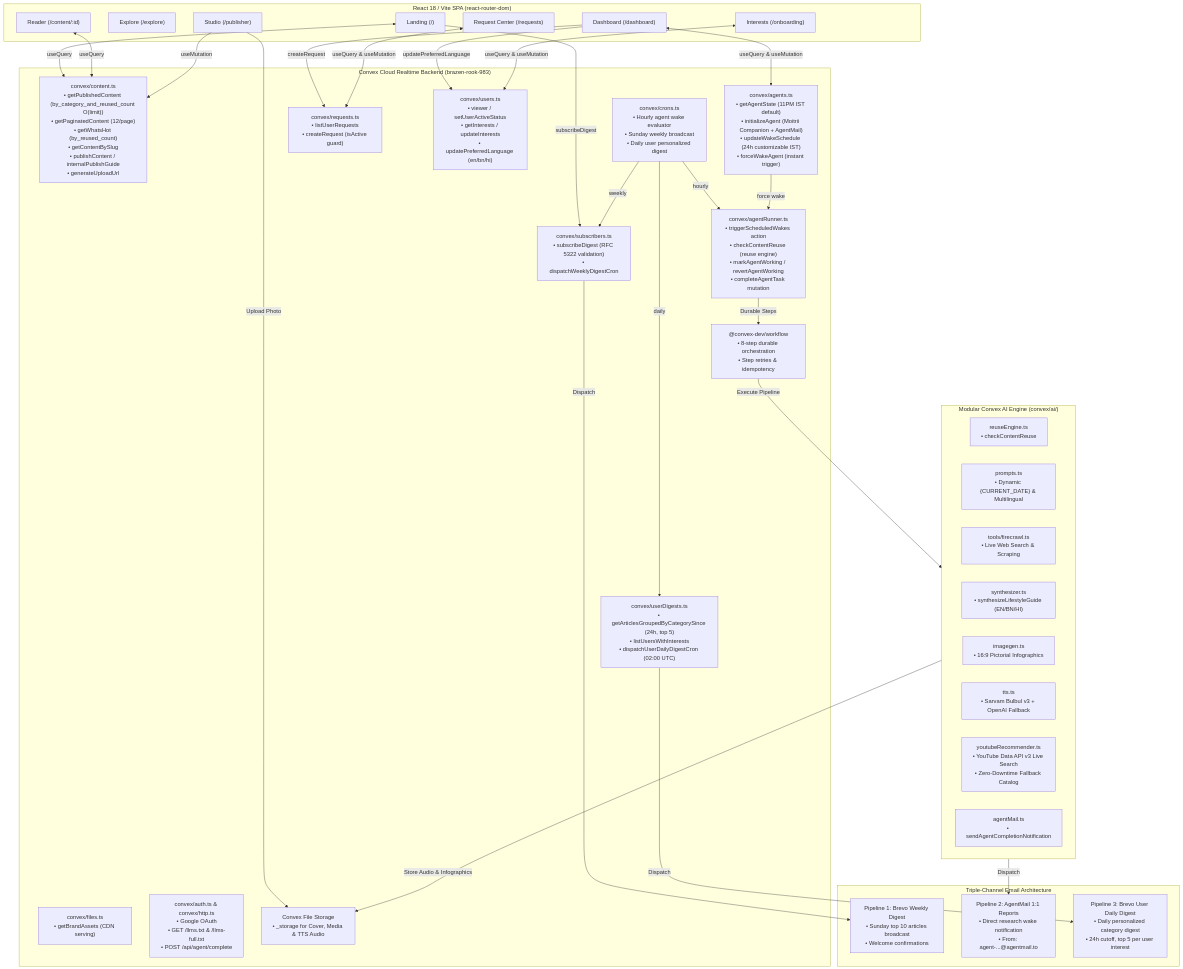
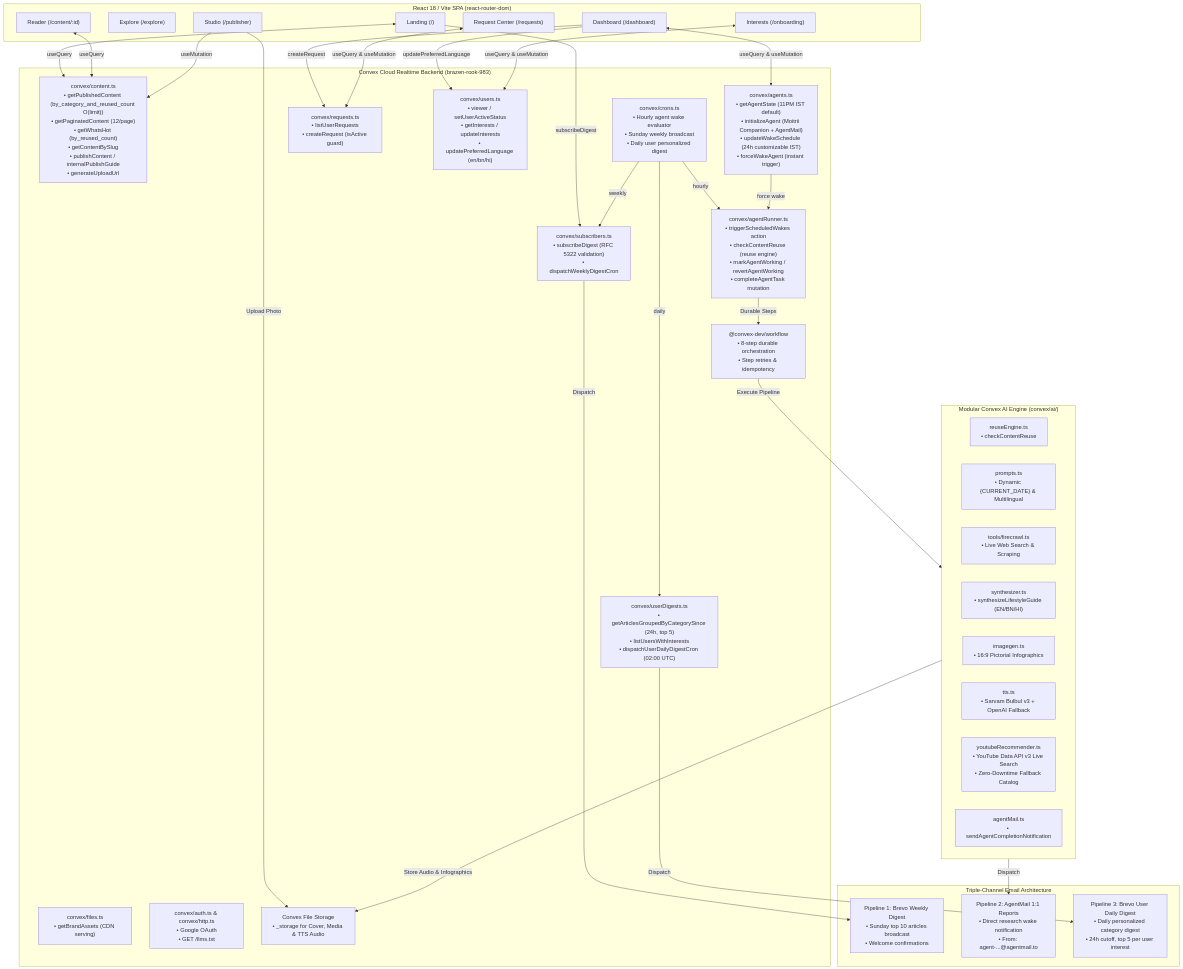
One commit to AmritSDutta/moitrii_frontend changed the diagram in README.md. Above: the diagram before and after it, drawn with Mermaid. The commit also changed other lines of this file and 17 other files, not shown here.

````diff
--- a/README.md
+++ b/README.md
@@ -94,66 +94,66 @@
 ```mermaid
 flowchart TD
     subgraph Frontend ["React 18 / Vite SPA (react-router-dom)"]
       P_Home["Landing (/)"]
       P_Explore["Explore (/explore)"]
       P_Dash["Dashboard (/dashboard)"]
       P_Req["Request Center (/requests)"]
       P_Reader["Reader (/content/:id)"]
       P_Pub["Studio (/publisher)"]
       P_Onb["Interests (/onboarding)"]
     end
 
     subgraph ConvexBackend ["Convex Cloud Realtime Backend (brazen-rook-983)"]
       F_Content["convex/content.ts<br/>• getPublishedContent (by_category_and_reused_count O(limit))<br/>• getPaginatedContent (12/page)<br/>• getWhatsHot (by_reused_count)<br/>• getContentBySlug<br/>• publishContent / internalPublishGuide<br/>• generateUploadUrl"]
       F_Agents["convex/agents.ts<br/>• getAgentState (11PM IST default)<br/>• initializeAgent (Moitrii Companion + AgentMail)<br/>• updateWakeSchedule (24h customizable IST)<br/>• forceWakeAgent (instant trigger)"]
       F_Requests["convex/requests.ts<br/>• listUserRequests<br/>• createRequest (isActive guard)"]
       F_Users["convex/users.ts<br/>• viewer / setUserActiveStatus<br/>• getInterests / updateInterests<br/>• updatePreferredLanguage (en/bn/hi)"]
       F_Subscribers["convex/subscribers.ts<br/>• subscribeDigest (RFC 5322 validation)<br/>• dispatchWeeklyDigestCron"]
       F_UserDigests["convex/userDigests.ts<br/>• getArticlesGroupedByCategorySince (24h, top 5)<br/>• listUsersWithInterests<br/>• dispatchUserDailyDigestCron (02:00 UTC)"]
       F_Crons["convex/crons.ts<br/>• Hourly agent wake evaluator<br/>• Sunday weekly broadcast<br/>• Daily user personalized digest"]
       F_Workflow["@convex-dev/workflow<br/>• 8-step durable orchestration<br/>• Step retries & idempotency"]
       F_Runner["convex/agentRunner.ts<br/>• triggerScheduledWakes action<br/>• checkContentReuse (reuse engine)<br/>• markAgentWorking / revertAgentWorking<br/>• completeAgentTask mutation"]
       F_Files["convex/files.ts<br/>• getBrandAssets (CDN serving)"]
-      F_Auth["convex/auth.ts & convex/http.ts<br/>• Google OAuth<br/>• GET /llms.txt & /llms-full.txt<br/>• POST /api/agent/complete"]
+      F_Auth["convex/auth.ts & convex/http.ts<br/>• Google OAuth<br/>• GET /llms.txt"]
       F_Storage["Convex File Storage<br/>• _storage for Cover, Media & TTS Audio"]
     end
 
     subgraph ModularAIEngine ["Modular Convex AI Engine (convex/ai/)"]
       AI_Reuse["reuseEngine.ts<br/>• checkContentReuse"]
       AI_Prompts["prompts.ts<br/>• Dynamic {CURRENT_DATE} & Multilingual"]
       AI_Tools["tools/firecrawl.ts<br/>• Live Web Search & Scraping"]
       AI_Synth["synthesizer.ts<br/>• synthesizeLifestyleGuide (EN/BN/HI)"]
       AI_Image["imagegen.ts<br/>• 16:9 Pictorial Infographics"]
       AI_TTS["tts.ts<br/>• Sarvam Bulbul v3 + OpenAI Fallback"]
       AI_YT["youtubeRecommender.ts<br/>• YouTube Data API v3 Live Search<br/>• Zero-Downtime Fallback Catalog"]
       AI_Mail["agentMail.ts<br/>• sendAgentCompletionNotification"]
     end
 
     subgraph TripleMessaging ["Triple-Channel Email Architecture"]
       M_Brevo1["Pipeline 1: Brevo Weekly Digest<br/>• Sunday top 10 articles broadcast<br/>• Welcome confirmations"]
       M_AgentMail["Pipeline 2: AgentMail 1:1 Reports<br/>• Direct research wake notification<br/>• From: agent-...@agentmail.to"]
       M_Brevo2["Pipeline 3: Brevo User Daily Digest<br/>• Daily personalized category digest<br/>• 24h cutoff, top 5 per user interest"]
     end
 
     P_Home <-->|useQuery| F_Content
     P_Home -->|subscribeDigest| F_Subscribers
     P_Reader <-->|useQuery| F_Content
     P_Pub -->|useMutation| F_Content
     P_Pub -->|Upload Photo| F_Storage
     P_Dash <-->|useQuery & useMutation| F_Agents
     P_Dash -->|updatePreferredLanguage| F_Users
     P_Dash -->|createRequest| F_Requests
     P_Req <-->|useQuery & useMutation| F_Requests
     P_Onb <-->|useQuery & useMutation| F_Users
 
     F_Subscribers -->|Dispatch| M_Brevo1
     F_UserDigests -->|Dispatch| M_Brevo2
     F_Crons -->|hourly| F_Runner
     F_Crons -->|weekly| F_Subscribers
     F_Crons -->|daily| F_UserDigests
     F_Agents -->|force wake| F_Runner
     F_Runner -->|Durable Steps| F_Workflow
     F_Workflow -->|Execute Pipeline| ModularAIEngine
     ModularAIEngine -->|Dispatch| M_AgentMail
     ModularAIEngine -->|Store Audio & Infographics| F_Storage
 ```
````
